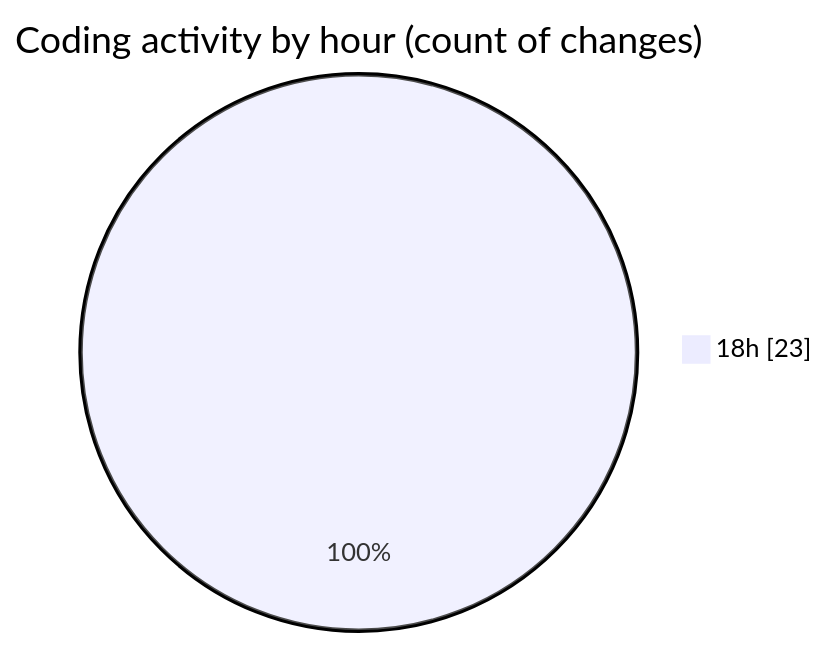
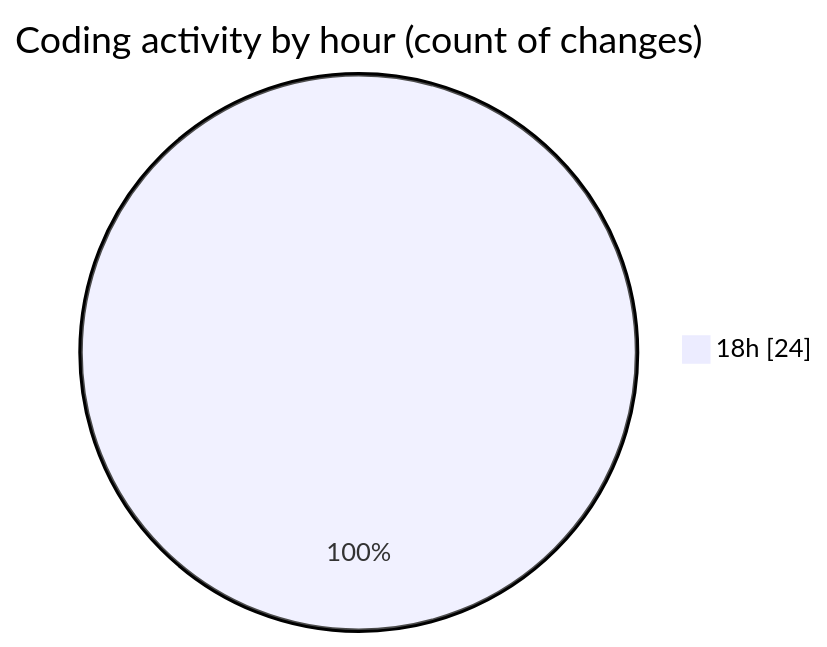
The second of 2 diagrams in 2025-04-21/echo/README.md (Netris89/code-tracking), drawn with Mermaid before and after one commit. The commit also changed other lines of this file and 1 other file, not shown here.

````diff
--- a/2025-04-21/echo/README.md
+++ b/2025-04-21/echo/README.md
@@ -34,5 +34,5 @@
 ```mermaid
 pie showData
 title Coding activity by hour (count of changes)
-"18h" : 23
+"18h" : 24
 ```
````
